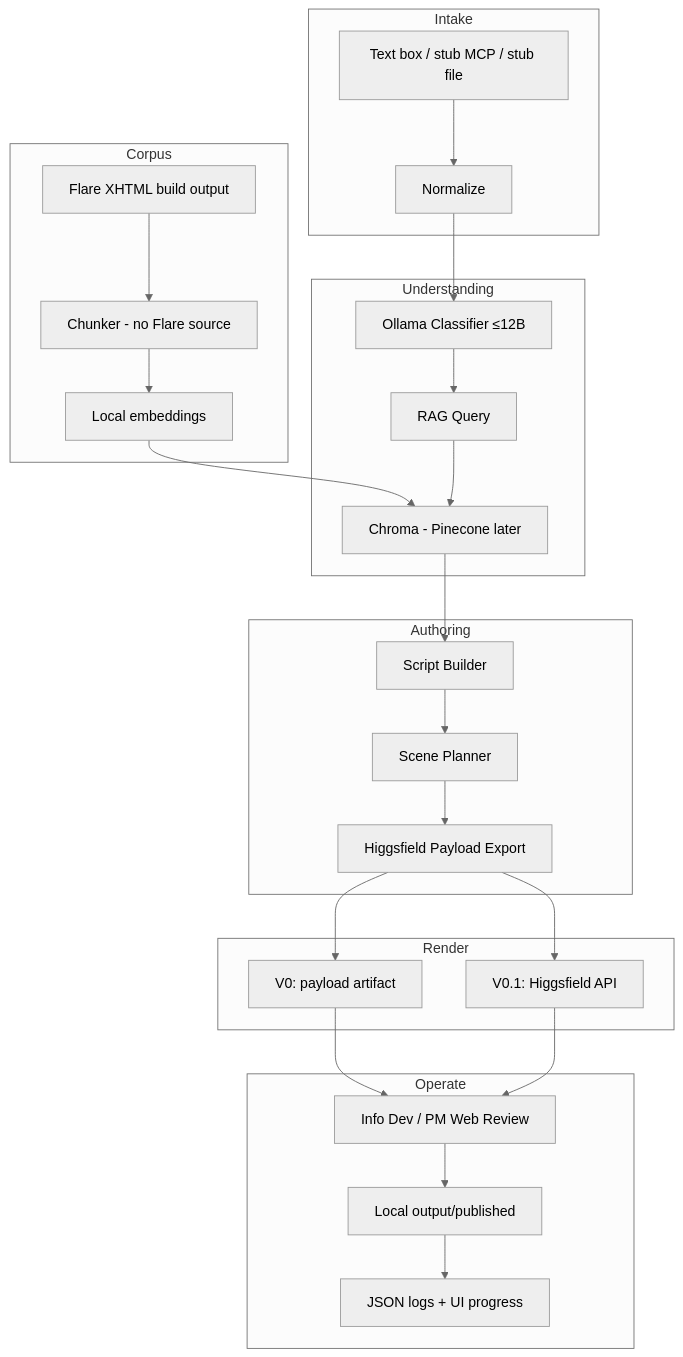
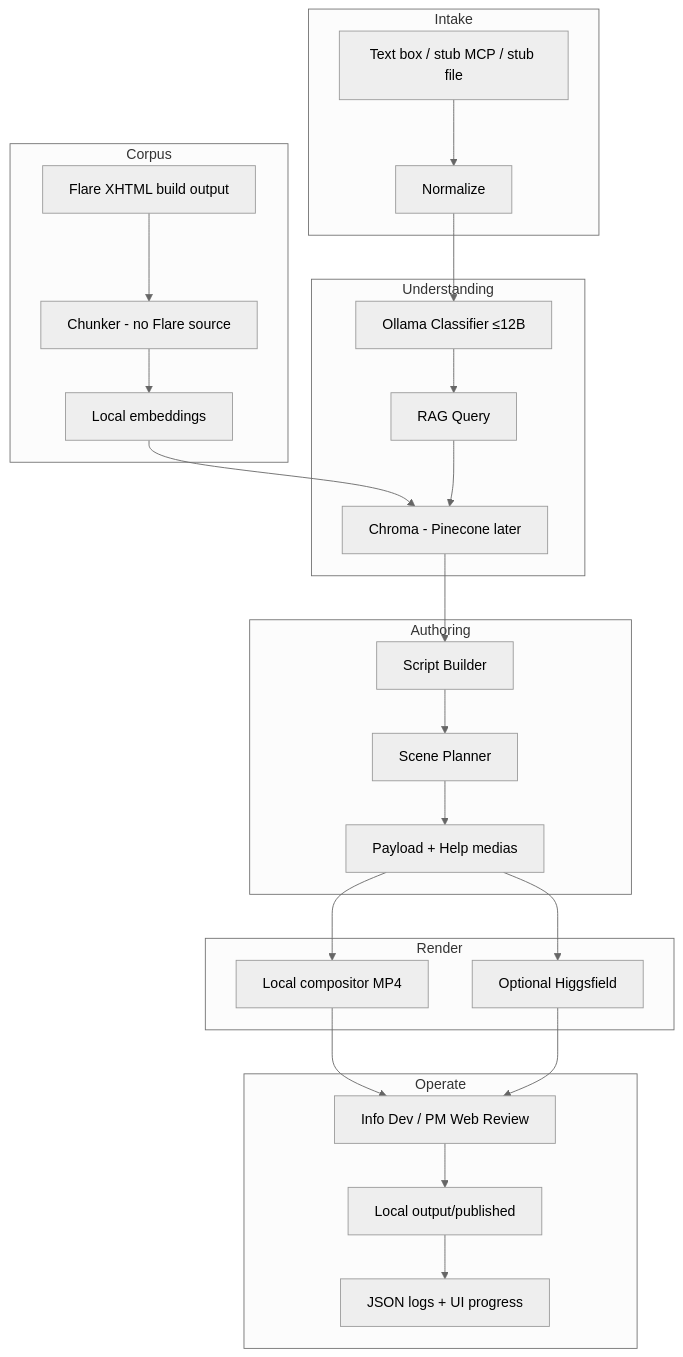
Before and after one commit to Ben408/SI-VidGen: the second of 2 diagrams in readme.md, drawn with Mermaid (neutral theme). The commit also changed other lines of this file and 15 other files, not shown here.

First line of the commit message:
Demo-harden local compositor with captions, voice controls, and video-ready UI.

````diff
--- a/readme.md
+++ b/readme.md
@@ -118,41 +117,41 @@
 ```mermaid
 flowchart TD
     subgraph Intake
         A1[Text box / stub MCP / stub file]
         A2[Normalize]
     end
 
     subgraph Understanding
         B1[Ollama Classifier ≤12B]
         B2[RAG Query]
         B3[Chroma - Pinecone later]
     end
 
     subgraph Corpus
         X1[Flare XHTML build output]
         X2[Chunker - no Flare source]
         X3[Local embeddings]
         X1 --> X2 --> X3 --> B3
     end
 
     subgraph Authoring
         C1[Script Builder]
         C2[Scene Planner]
-        C3[Higgsfield Payload Export]
+        C3[Payload + Help medias]
     end
 
     subgraph Render
-        D1[V0: payload artifact]
-        D2[V0.1: Higgsfield API]
+        D1[Local compositor MP4]
+        D2[Optional Higgsfield]
     end
 
     subgraph Operate
         E1[Info Dev / PM Web Review]
         E2[Local output/published]
         E3[JSON logs + UI progress]
     end
 
     A1 --> A2 --> B1 --> B2 --> B3 --> C1 --> C2 --> C3 --> D1 --> E1
     C3 --> D2 --> E1
     E1 --> E2 --> E3
 ```
````
